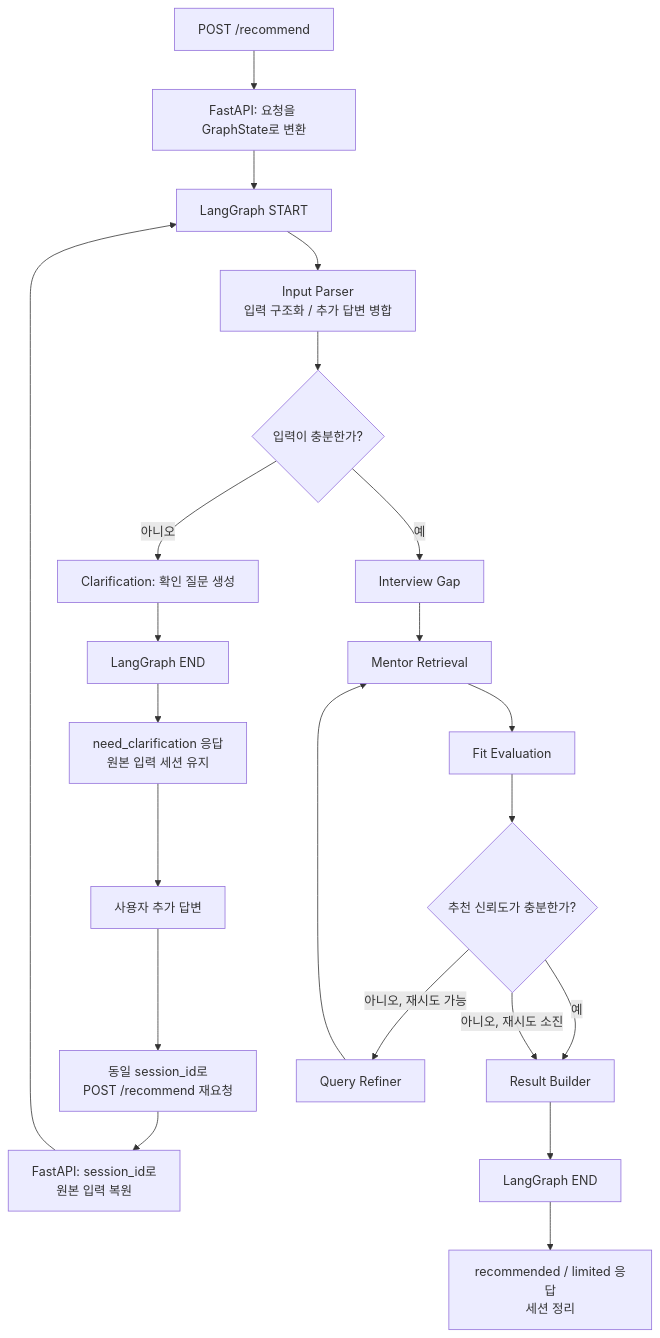
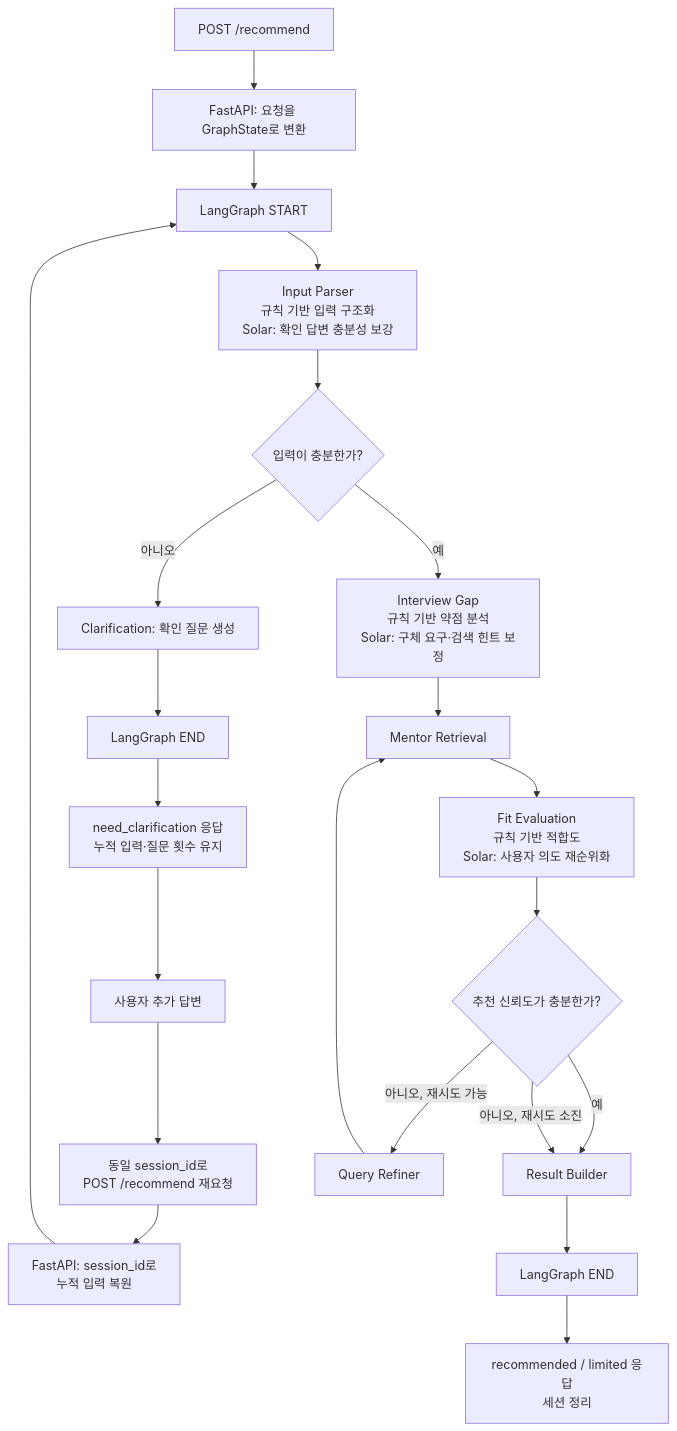
The diagram in README.md (rutczzo/ASM_TEAM2_AI_STUDY), drawn with Mermaid before and after one commit. The commit also changed other lines of this file and 34 other files, not shown here.

````diff
--- a/README.md
+++ b/README.md
@@ -44,24 +43,24 @@
 ```mermaid
 flowchart TD
     U["POST /recommend"] --> I["FastAPI: 요청을 GraphState로 변환"]
     I --> S["LangGraph START"]
-    S --> P["Input Parser<br/>입력 구조화 / 추가 답변 병합"]
+    S --> P["Input Parser<br/>규칙 기반 입력 구조화<br/>Solar: 확인 답변 충분성 보강"]
     P --> C{"입력이 충분한가?"}
     C -->|"아니오"| Q["Clarification: 확인 질문 생성"]
     Q --> E1["LangGraph END"]
-    E1 --> N["need_clarification 응답<br/>원본 입력 세션 유지"]
+    E1 --> N["need_clarification 응답<br/>누적 입력·질문 횟수 유지"]
     N --> A["사용자 추가 답변"]
     A --> U2["동일 session_id로<br/>POST /recommend 재요청"]
-    U2 --> M["FastAPI: session_id로<br/>원본 입력 복원"]
+    U2 --> M["FastAPI: session_id로<br/>누적 입력 복원"]
     M --> S
-    C -->|"예"| G["Interview Gap"]
+    C -->|"예"| G["Interview Gap<br/>규칙 기반 약점 분석<br/>Solar: 구체 요구·검색 힌트 보정"]
     G --> R["Mentor Retrieval"]
-    R --> F["Fit Evaluation"]
+    R --> F["Fit Evaluation<br/>규칙 기반 적합도<br/>Solar: 사용자 의도 재순위화"]
     F --> D{"추천 신뢰도가 충분한가?"}
     D -->|"예"| B["Result Builder"]
     D -->|"아니오, 재시도 가능"| X["Query Refiner"]
     X --> R
     D -->|"아니오, 재시도 소진"| B
     B --> E2["LangGraph END"]
     E2 --> O["recommended / limited 응답<br/>세션 정리"]
 ```
````
